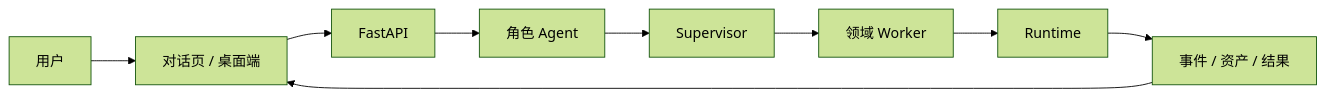
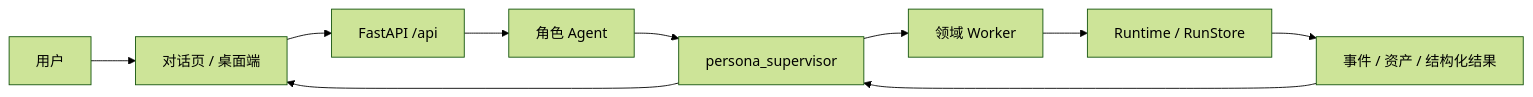
The diagram in docs/site/index.md (TKGEKKOU/charactoid), drawn with Mermaid (forest theme) before and after one commit. The commit also changed other lines of this file and 39 other files, not shown here.

````diff
--- a/docs/site/index.md
+++ b/docs/site/index.md
@@ -27,11 +30,12 @@
 ```mermaid
 flowchart LR
   U[用户] --> C[对话页 / 桌面端]
-  C --> API[FastAPI]
+  C --> API[FastAPI /api]
   API --> A[角色 Agent]
-  A --> S[Supervisor]
+  A --> S[persona_supervisor]
   S --> W[领域 Worker]
-  W --> R[Runtime]
-  R --> O[事件 / 资产 / 结果]
-  O --> C
+  W --> R[Runtime / RunStore]
+  R --> O[事件 / 资产 / 结构化结果]
+  O --> S
+  S --> C
 ```
````
